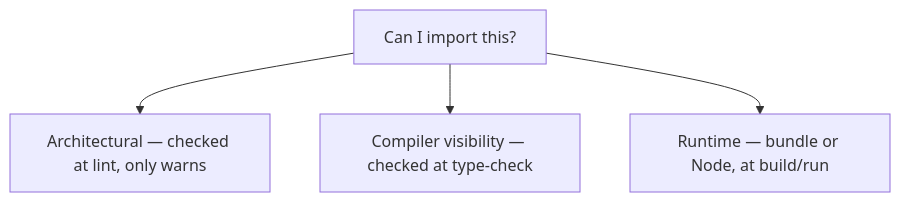
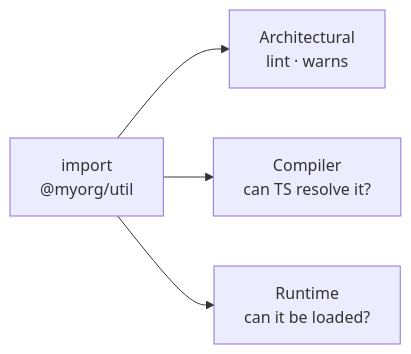
The first of 7 diagrams in apps/blog/content/drafts/can-i-import-this.mdx (fmmenchi/dev-blog), drawn with Mermaid before and after one commit. The commit also changed other lines of this file and 10 other files, not shown here.

First line of the commit message:
docs(blog): draft "can i import this?" — module boundaries, part 1

````diff
--- a/apps/blog/content/drafts/can-i-import-this.mdx
+++ b/apps/blog/content/drafts/can-i-import-this.mdx
@@ -20,7 +18,6 @@
 ```mermaid
-flowchart TB
-  Q["Can I import this?"]:::accent
-  Q --> A["Architectural — checked at lint, only warns"]
-  Q --> B["Compiler visibility — checked at type-check"]
-  Q --> C["Runtime — bundle or Node, at build/run"]
+flowchart LR
+  Q["import<br/>@myorg/util"] --> A["Architectural<br/>lint · warns"]
+  Q --> C["Compiler<br/>can TS resolve it?"]:::accent
+  Q --> R["Runtime<br/>can it be loaded?"]
 ```
````
